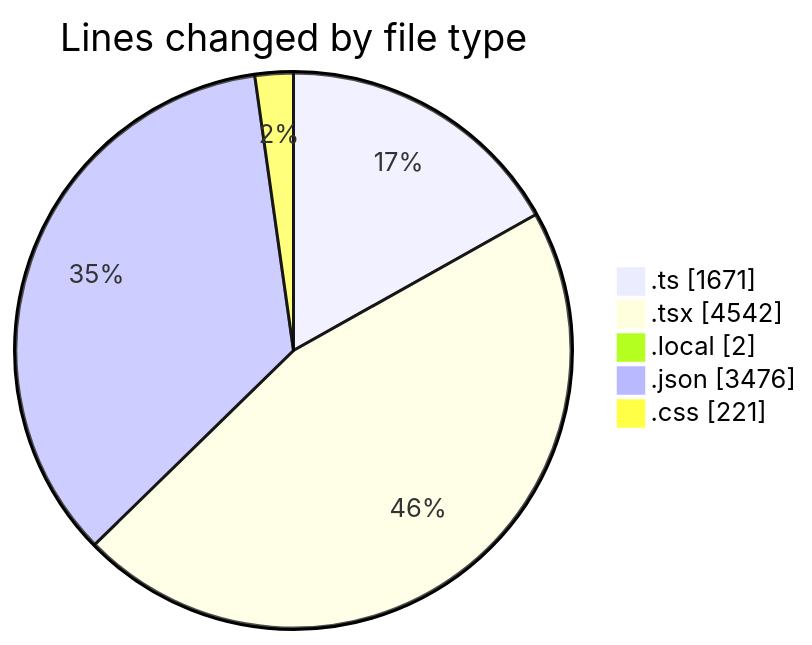
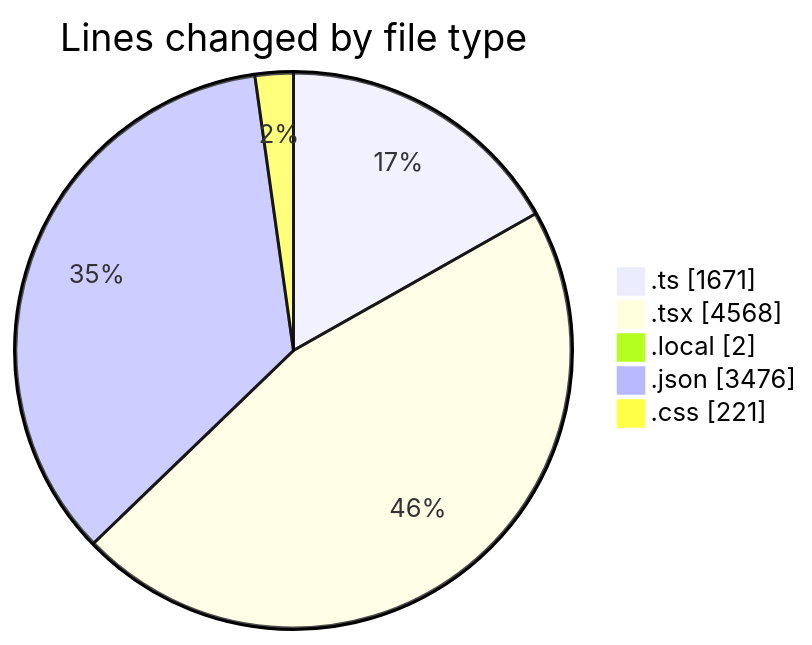
The first of 2 diagrams in 2025-10-28/eventscop-frontend-guide__workspace_/README.md (julien-gomy/code-tracking), drawn with Mermaid before and after one commit. The commit also changed other lines of this file and 1 other file, not shown here.

````diff
--- a/2025-10-28/eventscop-frontend-guide__workspace_/README.md
+++ b/2025-10-28/eventscop-frontend-guide__workspace_/README.md
@@ -56,9 +56,9 @@
 ```mermaid
 pie showData
 title Lines changed by file type
 ".ts" : 1671
-".tsx" : 4542
+".tsx" : 4568
 ".local" : 2
 ".json" : 3476
 ".css" : 221
 ```
````
